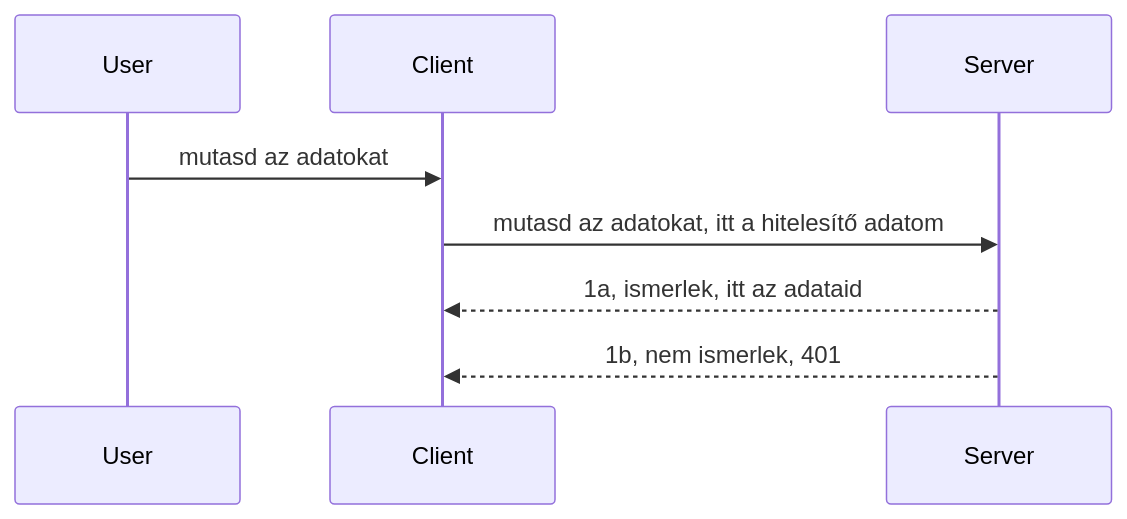
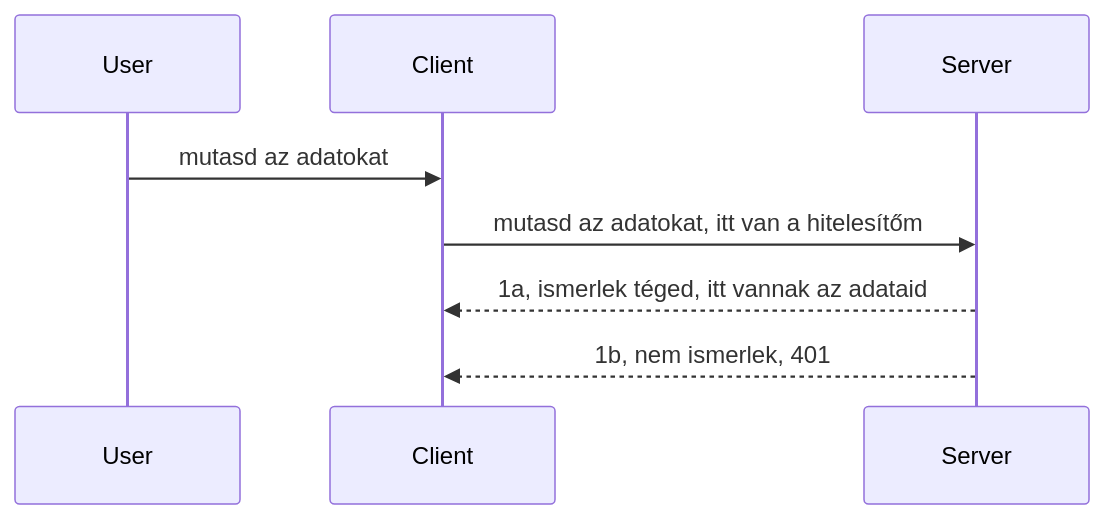
One commit to HIDORAKAI002/ai-workspace-archive changed the diagram in mcp_ecosystem__model_context_protocol/mcp_learning_resources/mcp-for-beginners/translations/hu/03-GettingStarted/11-simple-auth/README.md. Above: the diagram before and after it, drawn with Mermaid. The commit also changed other lines of this file and 1046 other files, not shown here.

````diff
--- a/mcp_ecosystem__model_context_protocol/mcp_learning_resources/mcp-for-beginners/translations/hu/03-GettingStarted/11-simple-auth/README.md
+++ b/mcp_ecosystem__model_context_protocol/mcp_learning_resources/mcp-for-beginners/translations/hu/03-GettingStarted/11-simple-auth/README.md
@@ -24,11 +24,11 @@
 ```mermaid
 sequenceDiagram
    participant User
    participant Client
    participant Server
 
    User->>Client: mutasd az adatokat
-   Client->>Server: mutasd az adatokat, itt a hitelesítő adatom
-   Server-->>Client: 1a, ismerlek, itt az adataid
+   Client->>Server: mutasd az adatokat, itt van a hitelesítőm
+   Server-->>Client: 1a, ismerlek téged, itt vannak az adataid
    Server-->>Client: 1b, nem ismerlek, 401 
 ```
````
